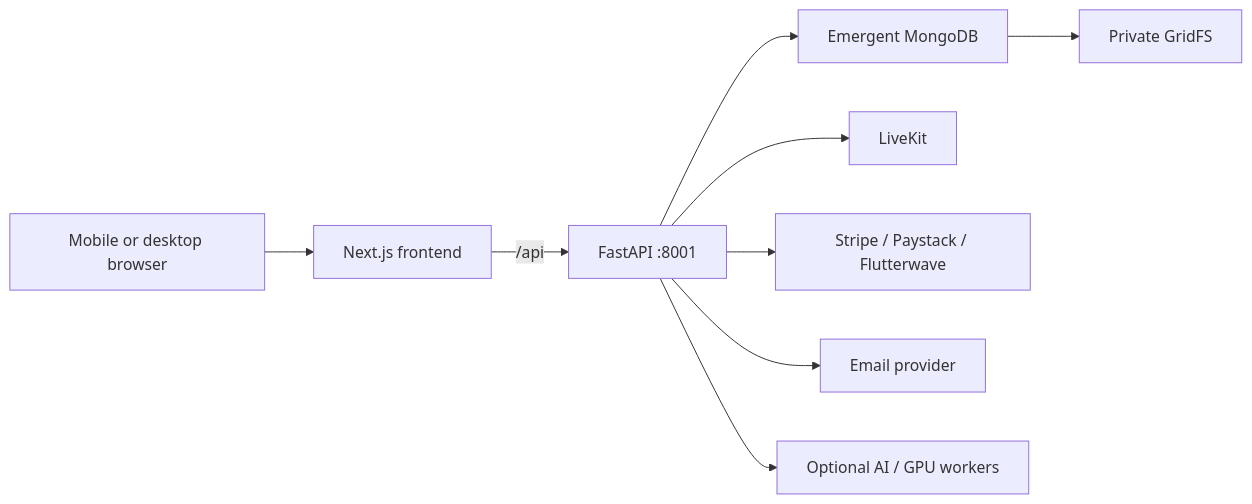
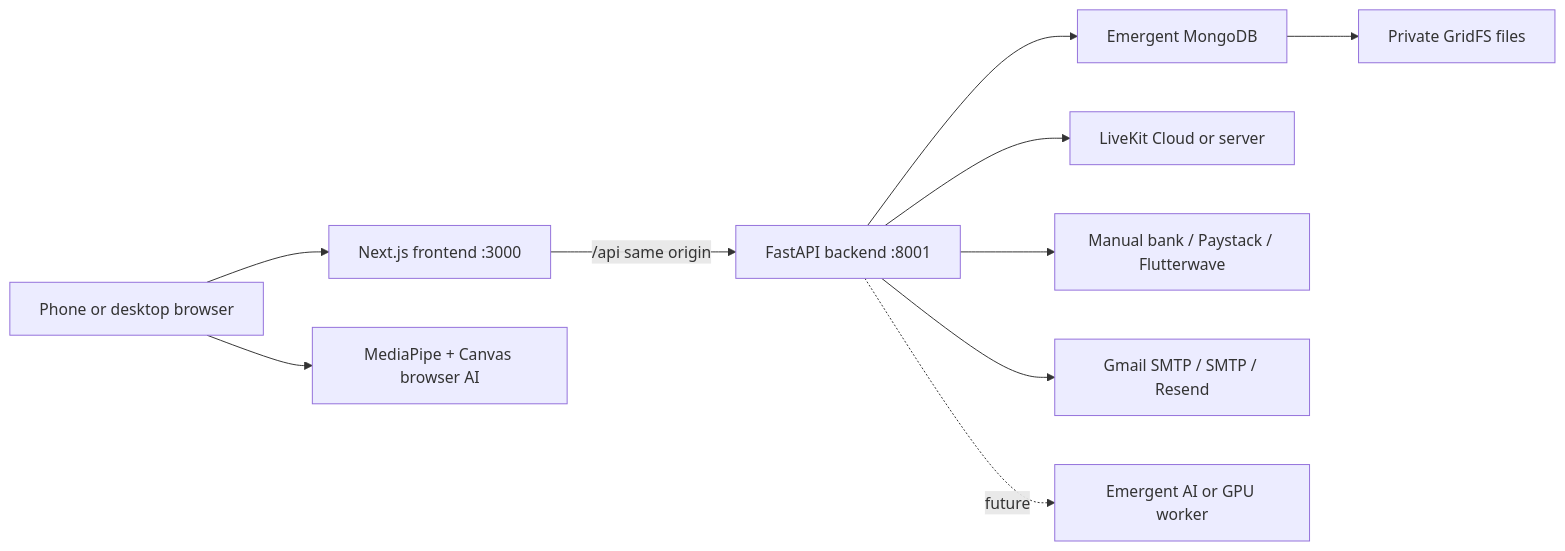
Before and after one commit to Lamarrsdrip/TRUEFACE-CALLS: the diagram in docs/audit/ARCHITECTURE.md, drawn with Mermaid. The commit also changed other lines of this file and 77 other files, not shown here.

````diff
--- a/docs/audit/ARCHITECTURE.md
+++ b/docs/audit/ARCHITECTURE.md
@@ -3,11 +3,12 @@
 ```mermaid
 flowchart LR
-  B["Mobile or desktop browser"] --> N["Next.js frontend"]
-  N -->|"/api"| F["FastAPI :8001"]
+  B["Phone or desktop browser"] --> N["Next.js frontend :3000"]
+  N -->|"/api same origin"| F["FastAPI backend :8001"]
   F --> M["Emergent MongoDB"]
-  M --> G["Private GridFS"]
-  F --> L["LiveKit"]
-  F --> P["Stripe / Paystack / Flutterwave"]
-  F --> E["Email provider"]
-  F --> A["Optional AI / GPU workers"]
+  M --> G["Private GridFS files"]
+  F --> L["LiveKit Cloud or server"]
+  F --> P["Manual bank / Paystack / Flutterwave"]
+  F --> E["Gmail SMTP / SMTP / Resend"]
+  B --> A["MediaPipe + Canvas browser AI"]
+  F -. future .-> C["Emergent AI or GPU worker"]
 ```
````
